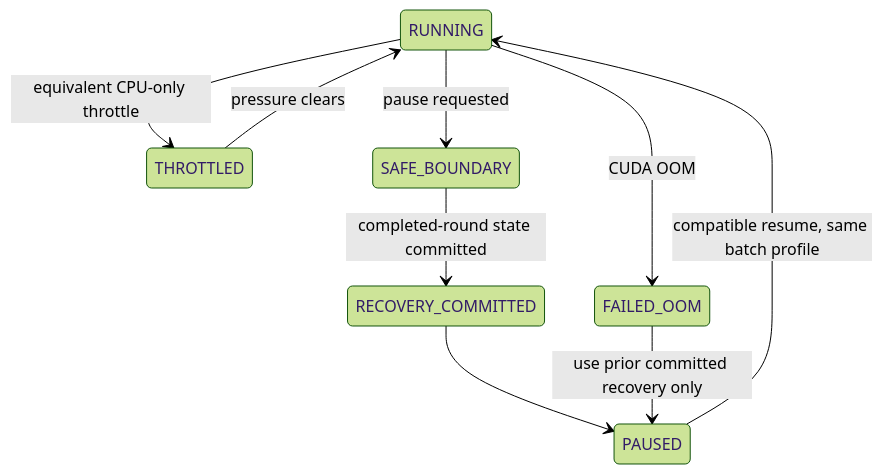
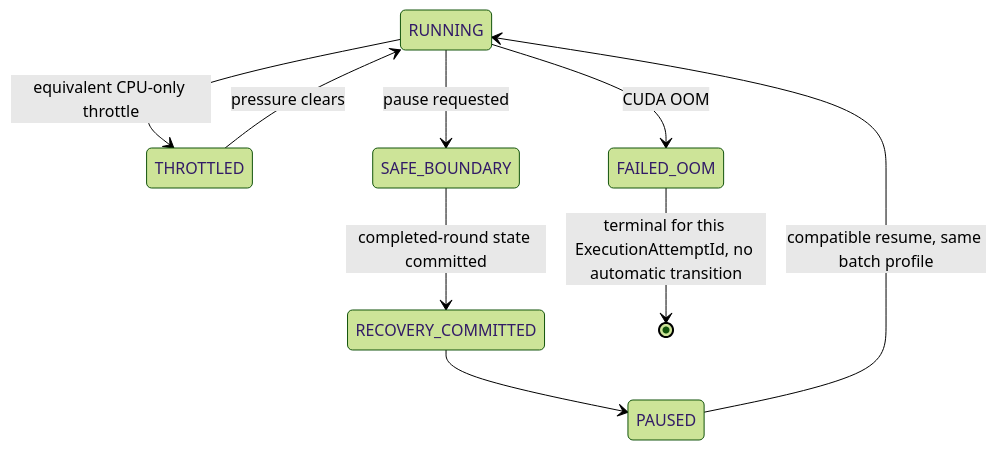
Before and after one commit to naslouby-salahe/datp-core: the eighth of 10 diagrams in docs/DATP Core Architecture.md, drawn with Mermaid (forest theme). The commit also changed other lines of this file, not shown here.

Commit message:
Fix architecture

````diff
--- a/docs/DATP Core Architecture.md
+++ b/docs/DATP Core Architecture.md
@@ -1642,11 +1672,11 @@
 ```mermaid
 stateDiagram-v2
     RUNNING --> THROTTLED: equivalent CPU-only throttle
     THROTTLED --> RUNNING: pressure clears
     RUNNING --> SAFE_BOUNDARY: pause requested
     SAFE_BOUNDARY --> RECOVERY_COMMITTED: completed-round state committed
     RECOVERY_COMMITTED --> PAUSED
     PAUSED --> RUNNING: compatible resume, same batch profile
     RUNNING --> FAILED_OOM: CUDA OOM
-    FAILED_OOM --> PAUSED: use prior committed recovery only
+    FAILED_OOM --> [*]: terminal for this ExecutionAttemptId, no automatic transition
 ```
````
